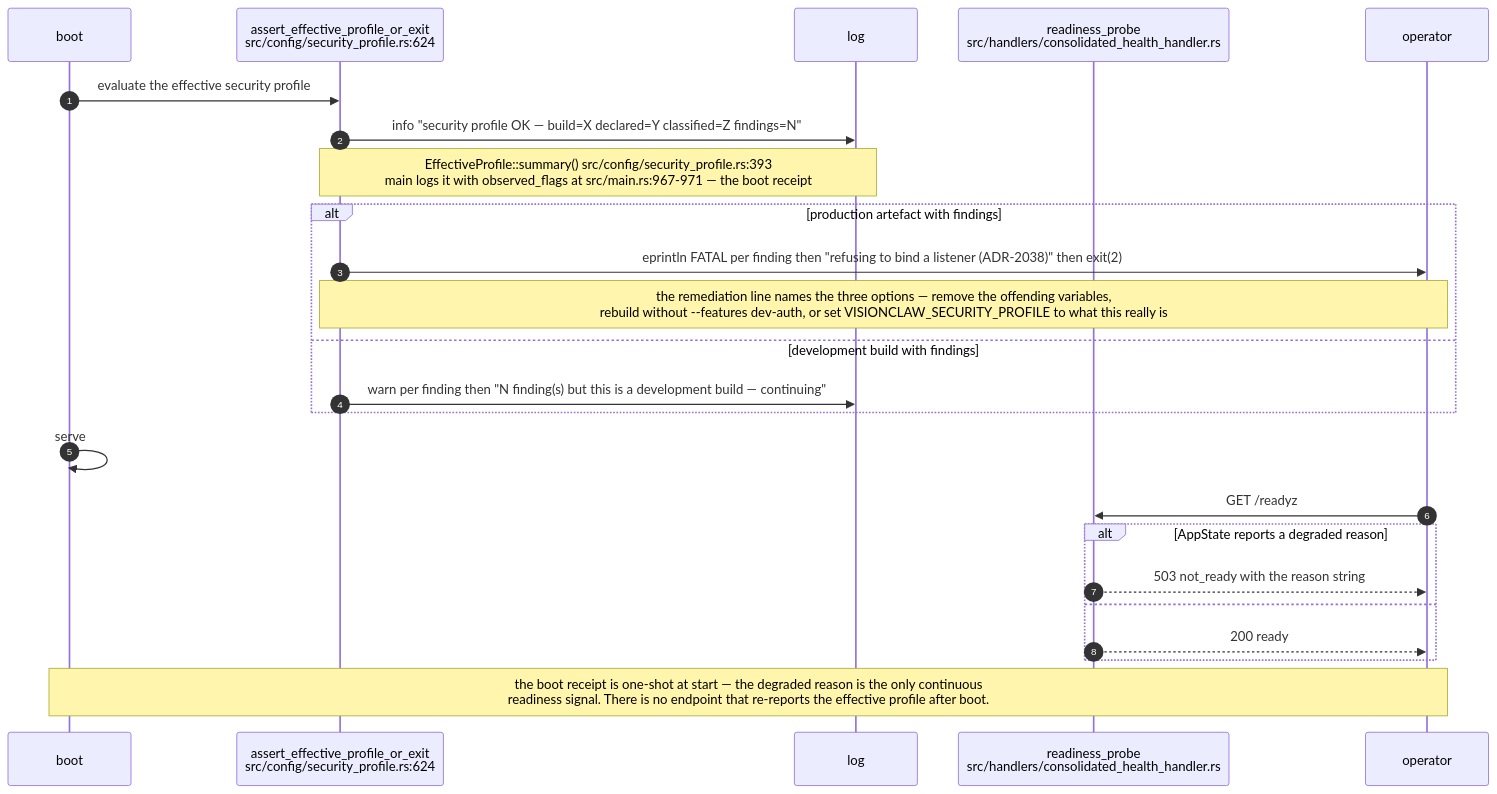
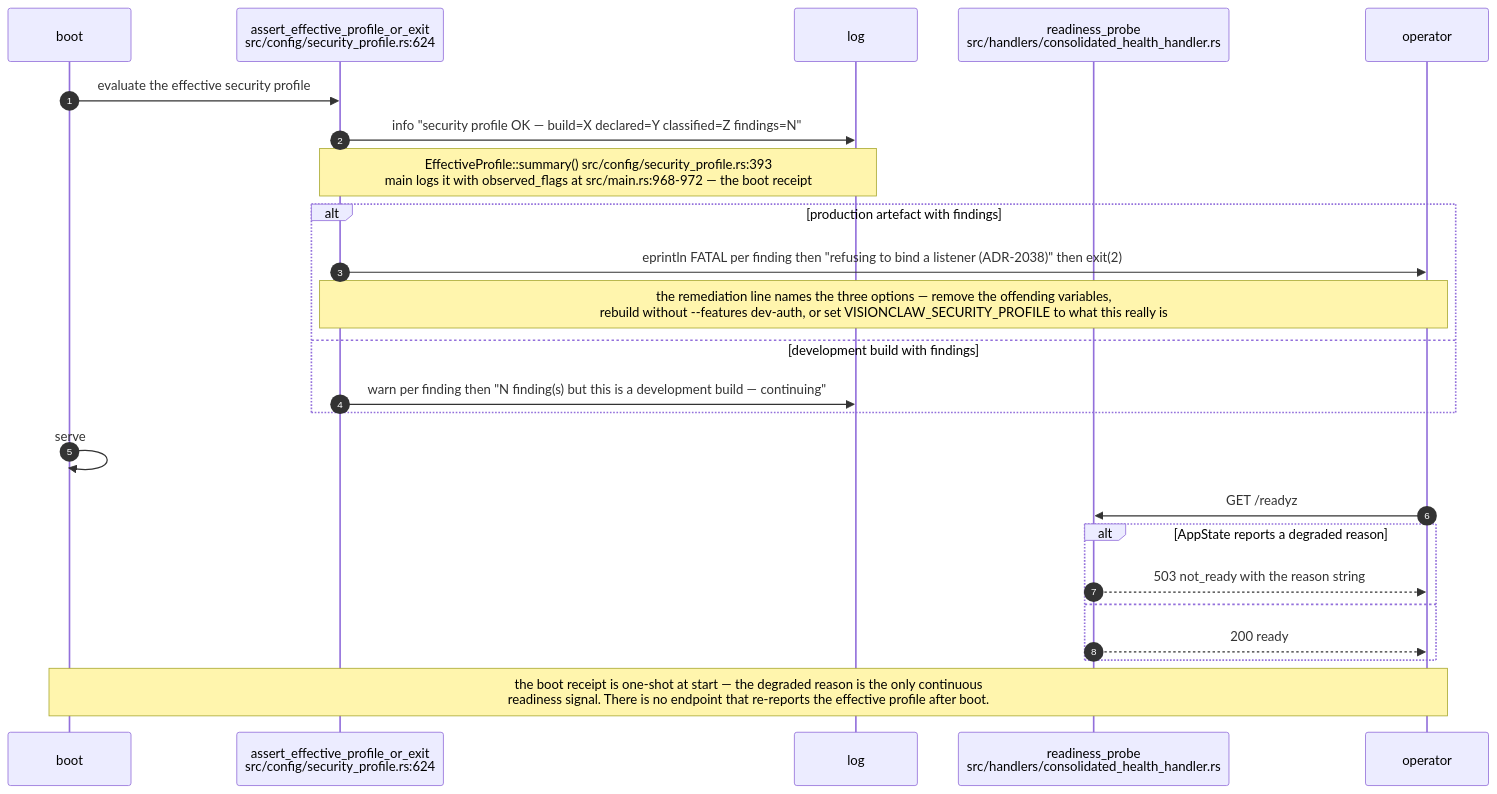
The ninth of 9 diagrams in docs/diagrams/visionclaw/08-observability-health-and-dev-loop.md (DreamLab-AI/VisionFlow), drawn with Mermaid before and after one commit. The commit also changed other lines of this file and 154 other files, not shown here.

First line of the commit message:
docs(diagrams): re-stamp 154 topics whose every citation still reads the same text at the current heads

````diff
--- a/docs/diagrams/visionclaw/08-observability-health-and-dev-loop.md
+++ b/docs/diagrams/visionclaw/08-observability-health-and-dev-loop.md
@@ -333,27 +333,27 @@
 ```mermaid
 sequenceDiagram
     autonumber
     participant B as boot
     participant P as assert_effective_profile_or_exit<br/>src/config/security_profile.rs:624
     participant L as log
     participant R as readiness_probe<br/>src/handlers/consolidated_health_handler.rs
     participant O as operator
 
     B->>P: evaluate the effective security profile
     P->>L: info "security profile OK — build=X declared=Y classified=Z findings=N"
-    Note over P,L: EffectiveProfile::summary() src/config/security_profile.rs:393<br/>main logs it with observed_flags at src/main.rs:967-971 — the boot receipt
+    Note over P,L: EffectiveProfile::summary() src/config/security_profile.rs:393<br/>main logs it with observed_flags at src/main.rs:968-972 — the boot receipt
     alt production artefact with findings
         P->>O: eprintln FATAL per finding then "refusing to bind a listener (ADR-2038)" then exit(2)
         Note over P,O: the remediation line names the three options — remove the offending variables,<br/>rebuild without --features dev-auth, or set VISIONCLAW_SECURITY_PROFILE to what this really is
     else development build with findings
         P->>L: warn per finding then "N finding(s) but this is a development build — continuing"
     end
     B->>B: serve
     O->>R: GET /readyz
     alt AppState reports a degraded reason
         R-->>O: 503 not_ready with the reason string
     else
         R-->>O: 200 ready
     end
     Note over B,O: the boot receipt is one-shot at start — the degraded reason is the only continuous<br/>readiness signal. There is no endpoint that re-reports the effective profile after boot.
 ```
````
